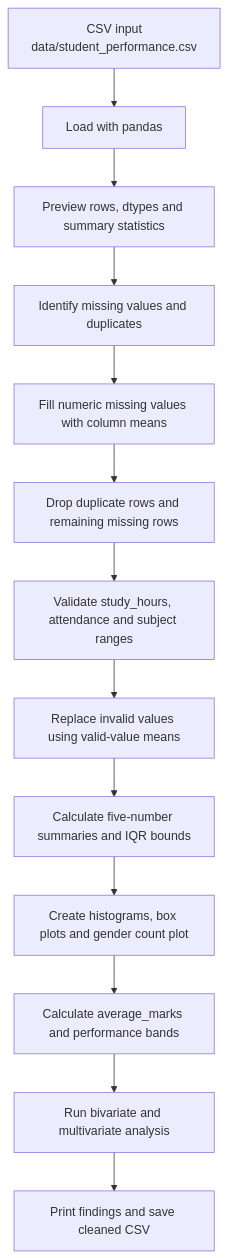
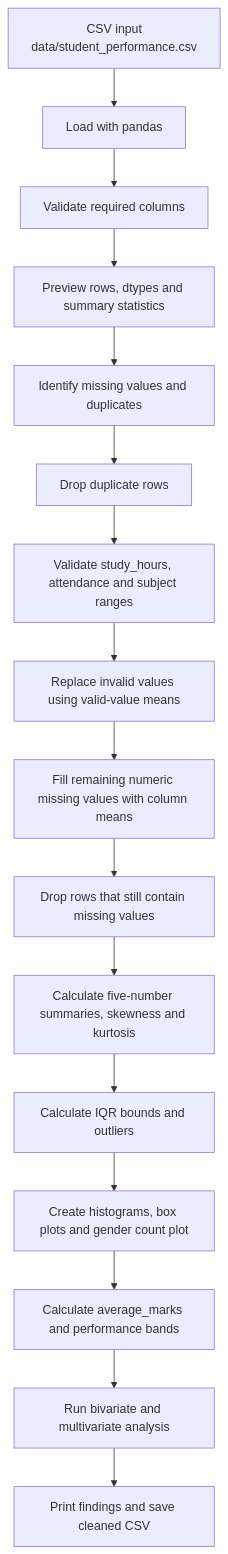
One commit to amitweb2012/machine-learning-lab changed the diagram in student-performance-eda/README.md. Above: the diagram before and after it, drawn with Mermaid. The commit also changed other lines of this file and 1 other file, not shown here.

Commit message:
Improve student performance EDA workflow and documentation

````diff
--- a/student-performance-eda/README.md
+++ b/student-performance-eda/README.md
@@ -70,15 +70,18 @@
 ```mermaid
 flowchart TD
     A["CSV input<br/>data/student_performance.csv"] --> B["Load with pandas"]
-    B --> C["Preview rows, dtypes and summary statistics"]
-    C --> D["Identify missing values and duplicates"]
-    D --> E["Fill numeric missing values with column means"]
-    E --> F["Drop duplicate rows and remaining missing rows"]
+    B --> C["Validate required columns"]
+    C --> D["Preview rows, dtypes and summary statistics"]
+    D --> E["Identify missing values and duplicates"]
+    E --> F["Drop duplicate rows"]
     F --> G["Validate study_hours, attendance and subject ranges"]
     G --> H["Replace invalid values using valid-value means"]
-    H --> I["Calculate five-number summaries and IQR bounds"]
-    I --> J["Create histograms, box plots and gender count plot"]
-    J --> K["Calculate average_marks and performance bands"]
-    K --> L["Run bivariate and multivariate analysis"]
-    L --> M["Print findings and save cleaned CSV"]
+    H --> I["Fill remaining numeric missing values with column means"]
+    I --> J["Drop rows that still contain missing values"]
+    J --> K["Calculate five-number summaries, skewness and kurtosis"]
+    K --> L["Calculate IQR bounds and outliers"]
+    L --> M["Create histograms, box plots and gender count plot"]
+    M --> N["Calculate average_marks and performance bands"]
+    N --> O["Run bivariate and multivariate analysis"]
+    O --> P["Print findings and save cleaned CSV"]
 ```
````
